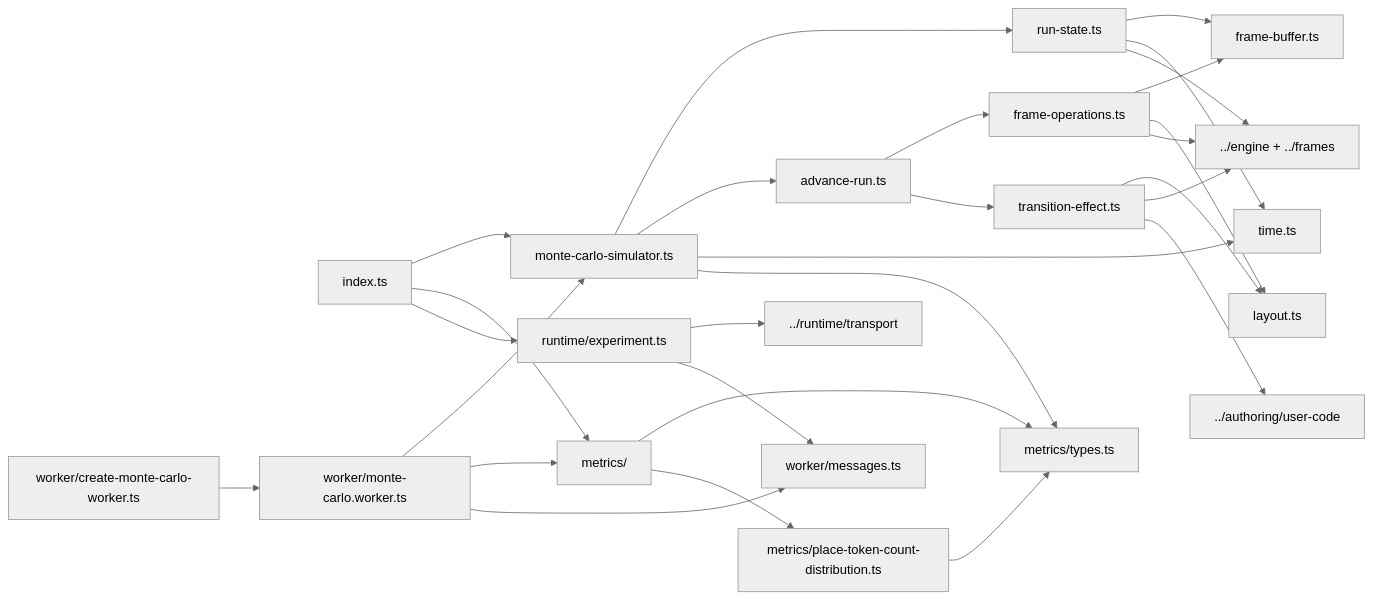
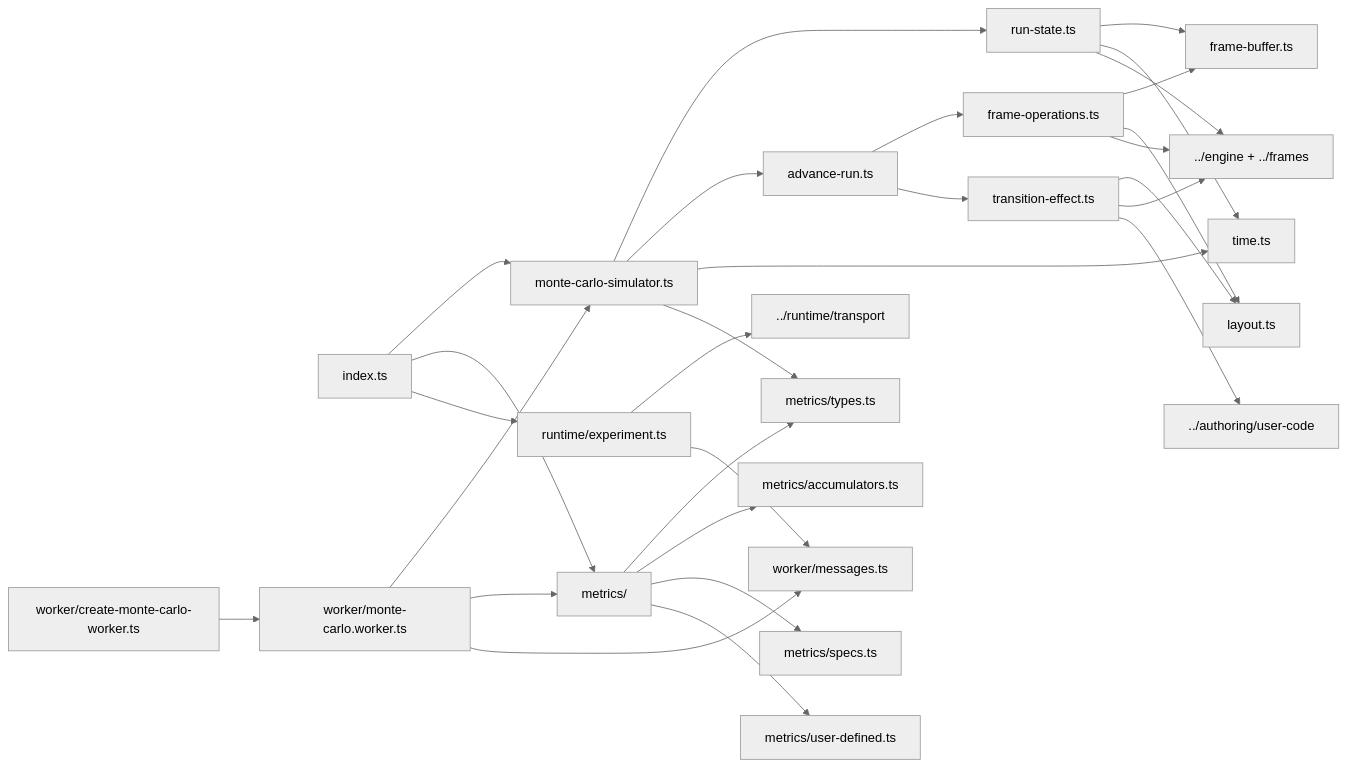
The first of 2 diagrams in libs/@hashintel/petrinaut-core/src/simulation/monte-carlo/ARCHITECTURE.md (hashintel/hash), drawn with Mermaid (neutral theme) before and after one commit. The commit also changed other lines of this file and 22 other files, not shown here.

````diff
--- a/libs/@hashintel/petrinaut-core/src/simulation/monte-carlo/ARCHITECTURE.md
+++ b/libs/@hashintel/petrinaut-core/src/simulation/monte-carlo/ARCHITECTURE.md
@@ -24,38 +24,39 @@
 ```mermaid
 flowchart LR
   Public["index.ts"] --> Simulator["monte-carlo-simulator.ts"]
   Public --> MetricExports["metrics/"]
   Public --> Experiment["runtime/experiment.ts"]
 
   Simulator --> RunState["run-state.ts"]
   Simulator --> AdvanceRun["advance-run.ts"]
   Simulator --> Time["time.ts"]
   Simulator --> MetricTypes["metrics/types.ts"]
 
   RunState --> FrameBuffer["frame-buffer.ts"]
   RunState --> Time
   RunState --> Engine["../engine + ../frames"]
 
   AdvanceRun --> FrameOps["frame-operations.ts"]
   AdvanceRun --> TransitionEffect["transition-effect.ts"]
 
   FrameOps --> FrameBuffer
   FrameOps --> Layout["layout.ts"]
   FrameOps --> Engine
 
   TransitionEffect --> Layout
   TransitionEffect --> Engine
   TransitionEffect --> UserCode["../authoring/user-code"]
 
   MetricExports --> MetricTypes
-  MetricExports --> DistributionMetric["metrics/place-token-count-distribution.ts"]
-  DistributionMetric --> MetricTypes
+  MetricExports --> Accumulators["metrics/accumulators.ts"]
+  MetricExports --> Specs["metrics/specs.ts"]
+  MetricExports --> UserDefined["metrics/user-defined.ts"]
 
   Experiment --> Transport["../runtime/transport"]
   Experiment --> Messages["worker/messages.ts"]
 
   WorkerFactory["worker/create-monte-carlo-worker.ts"] --> Worker["worker/monte-carlo.worker.ts"]
   Worker --> Simulator
   Worker --> MetricExports
   Worker --> Messages
 ```
````
